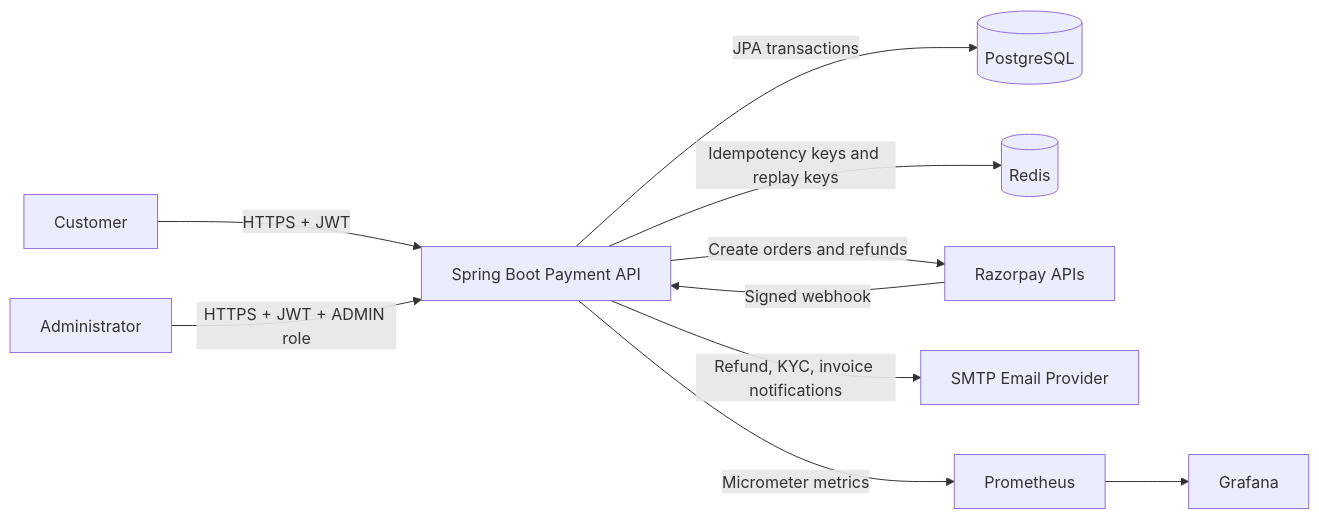
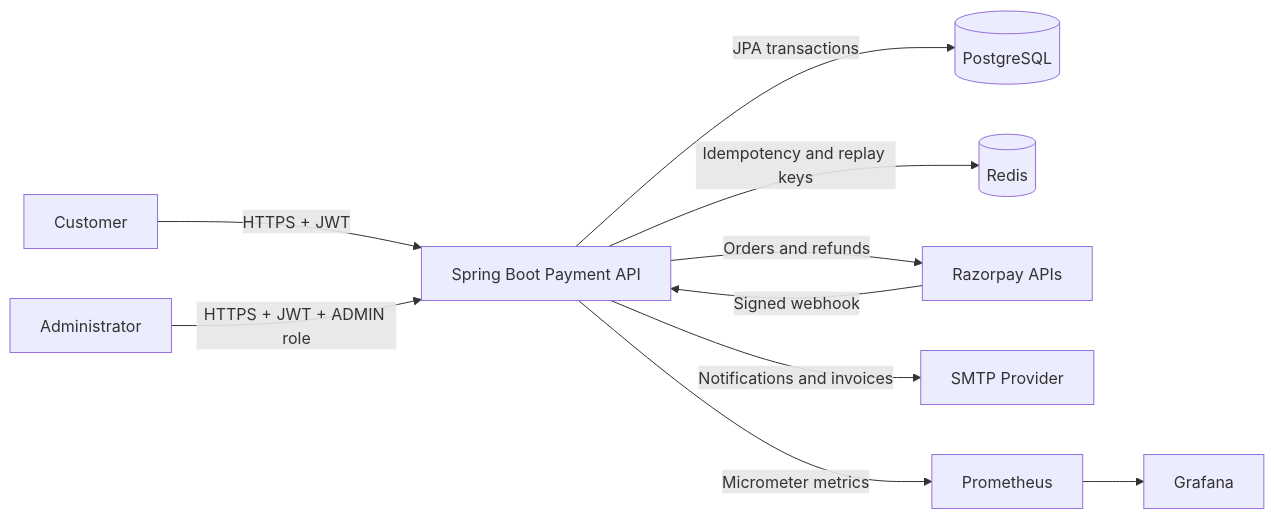
The first of 4 diagrams in README.md (NIHAL29SINGH/securepaymentprivategateway), drawn with Mermaid before and after one commit. The commit also changed other lines of this file, not shown here.

````diff
--- a/README.md
+++ b/README.md
@@ -38,23 +106,22 @@
 ```mermaid
 flowchart LR
     customer[Customer]
     admin[Administrator]
     api[Spring Boot Payment API]
     db[(PostgreSQL)]
     redis[(Redis)]
     razorpay[Razorpay APIs]
-    mail[SMTP Email Provider]
+    mail[SMTP Provider]
     metrics[Prometheus]
     dashboards[Grafana]
 
     customer -->|HTTPS + JWT| api
     admin -->|HTTPS + JWT + ADMIN role| api
     razorpay -->|Signed webhook| api
-
     api -->|JPA transactions| db
-    api -->|Idempotency keys and replay keys| redis
-    api -->|Create orders and refunds| razorpay
-    api -->|Refund, KYC, invoice notifications| mail
+    api -->|Idempotency and replay keys| redis
+    api -->|Orders and refunds| razorpay
+    api -->|Notifications and invoices| mail
     api -->|Micrometer metrics| metrics
     metrics --> dashboards
 ```
````
